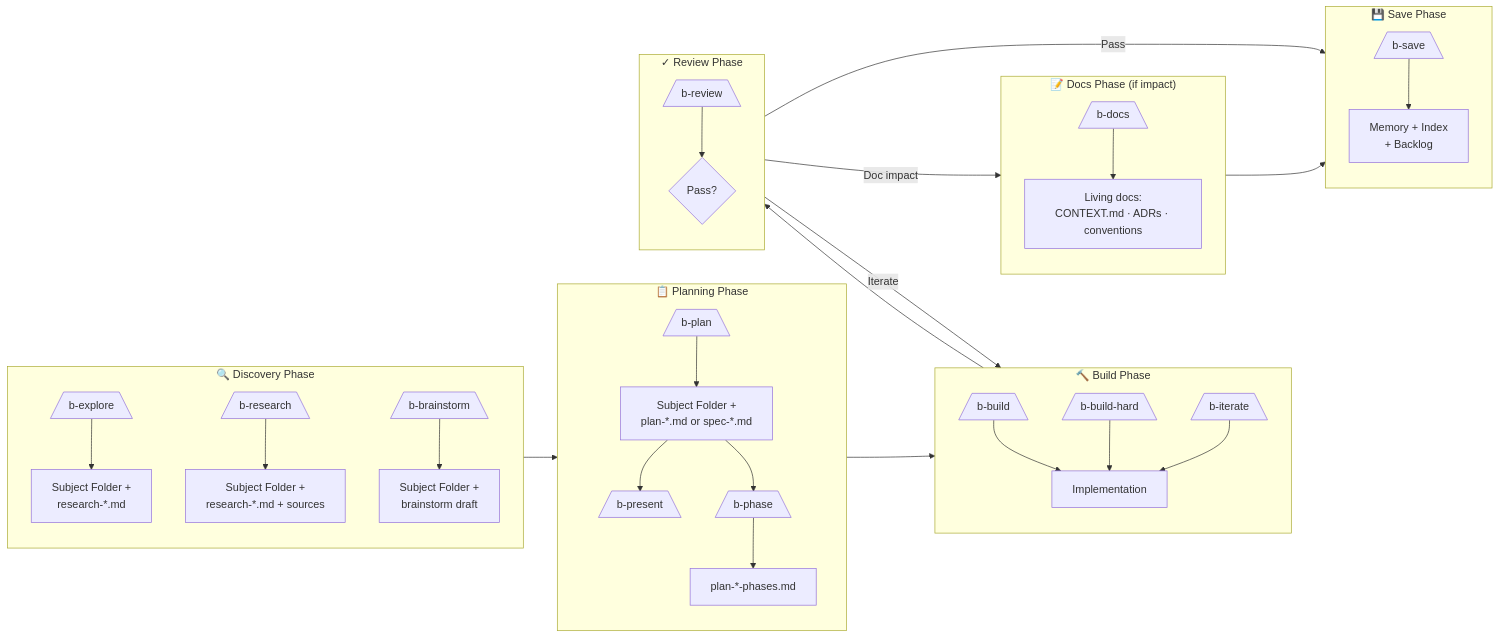
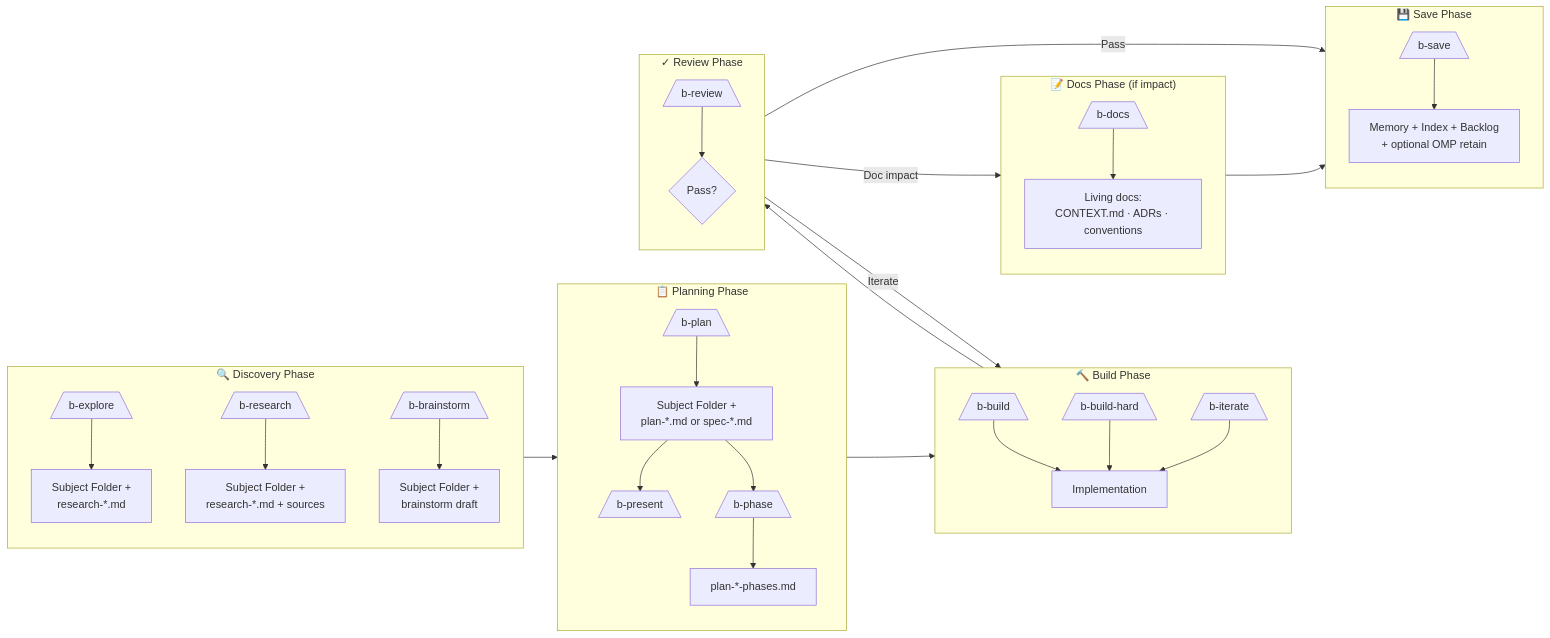
Before and after one commit to evilbuck/buck-workflow-pi: the second of 3 diagrams in docs/buck-workflow.md, drawn with Mermaid. The commit also changed other lines of this file and 19 other files, not shown here.

First line of the commit message:
feat(memory): OMP retain in b-save and Hindsight context import

````diff
--- a/docs/buck-workflow.md
+++ b/docs/buck-workflow.md
@@ -270,41 +270,41 @@
 ```mermaid
 flowchart LR
     subgraph Research["🔍 Discovery Phase"]
         R1[/b-explore\] --> R2[Subject Folder +<br/>research-*.md]
         R1b[/b-research\] --> R2b[Subject Folder +<br/>research-*.md + sources]
         R3[/b-brainstorm\] --> R4[Subject Folder +<br/>brainstorm draft]
     end
     
     subgraph Planning["📋 Planning Phase"]
         P1[/b-plan\] --> P2[Subject Folder +<br/>plan-*.md or spec-*.md]
         P2 --> P3[/b-present\]
         P2 --> P4[/b-phase\]
         P4 --> P5[plan-*-phases.md]
     end
     
     subgraph Build["🔨 Build Phase"]
         B1[/b-build\] --> B2[Implementation]
         B3[/b-build-hard\] --> B2
         B4[/b-iterate\] --> B2
     end
     
     subgraph Review["✓ Review Phase"]
         V1[/b-review\] --> V2{Pass?}
     end
     
     subgraph Docs["📝 Docs Phase (if impact)"]
         D1[/b-docs\] --> D2[Living docs:<br/>CONTEXT.md · ADRs · conventions]
     end
     
     subgraph Save["💾 Save Phase"]
-        S1[/b-save\] --> S2[Memory + Index<br/>+ Backlog]
+        S1[/b-save\] --> S2[Memory + Index + Backlog<br/>+ optional OMP retain]
     end
     
     Research --> Planning
     Planning --> Build
     Build --> Review
     Review -->|Pass| Save
     Review -->|Doc impact| Docs
     Docs --> Save
     Review -->|Iterate| Build
 ```
````
